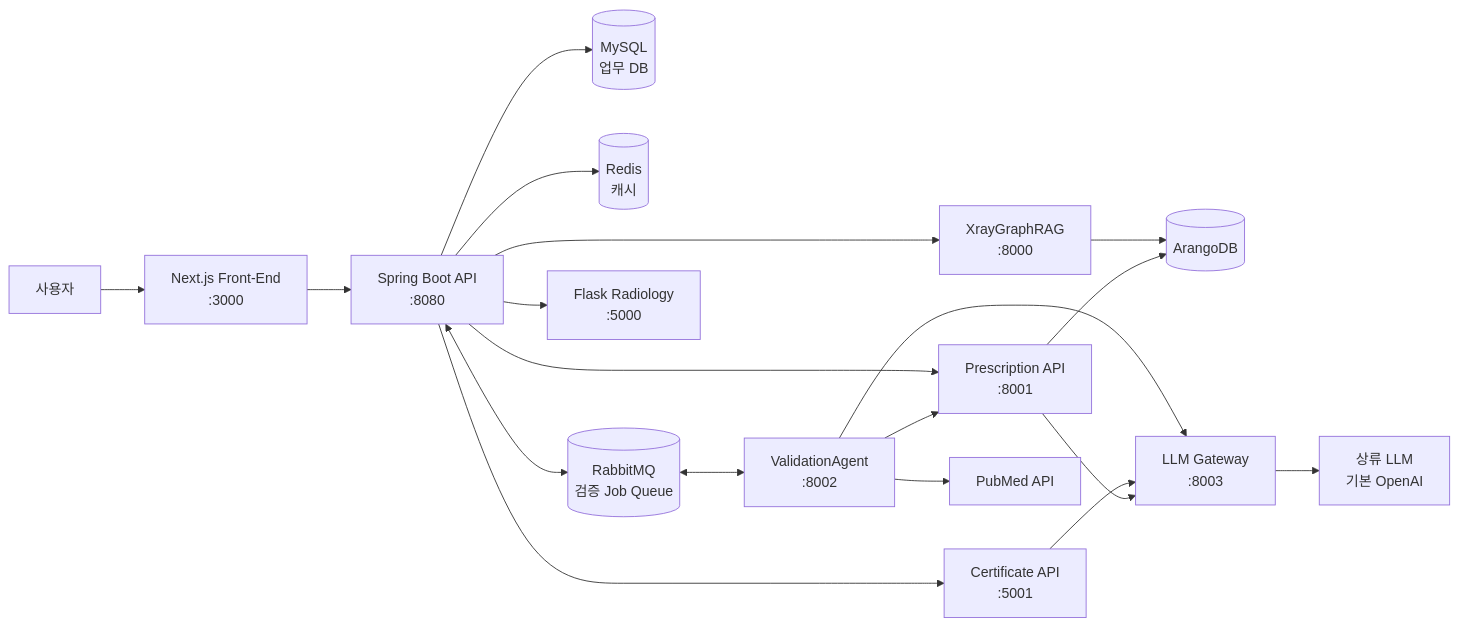
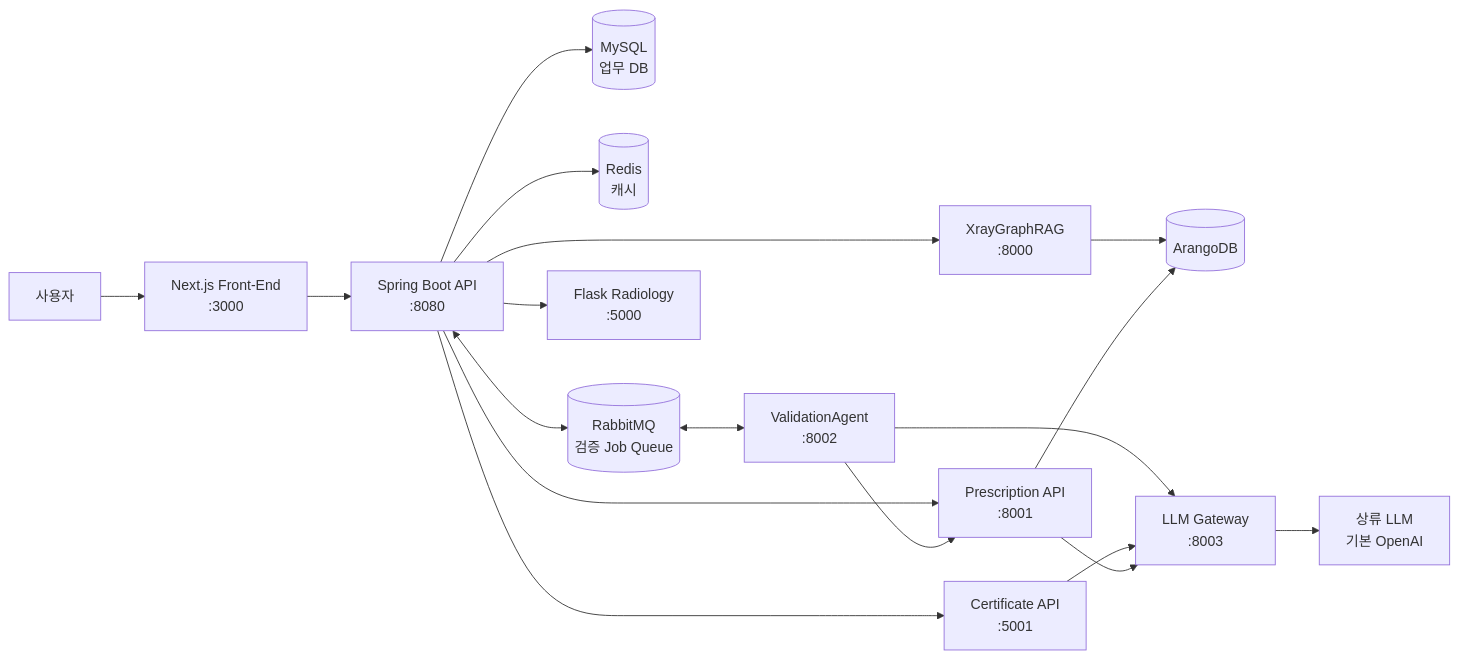
One commit to kjbddo/bitcomputer-emr changed the diagram in Docs/README.md. Above: the diagram before and after it, drawn with Mermaid. The commit also changed 7 other files, not shown here.

First line of the commit message:
docs: PubMed 제거·합성 케이스·PSPNet 기본값을 문서에 반영한다

````diff
--- a/Docs/README.md
+++ b/Docs/README.md
@@ -67,26 +67,25 @@
 ```mermaid
 flowchart LR
   User[사용자] --> FE[Next.js Front-End<br/>:3000]
   FE --> Spring[Spring Boot API<br/>:8080]
 
   Spring --> MySQL[(MySQL<br/>업무 DB)]
   Spring --> Redis[(Redis<br/>캐시)]
   Spring <--> Rabbit[(RabbitMQ<br/>검증 Job Queue)]
 
   Spring --> Xray[XrayGraphRAG<br/>:8000]
   Spring --> Flask[Flask Radiology<br/>:5000]
   Spring --> Cert[Certificate API<br/>:5001]
   Spring --> Rx[Prescription API<br/>:8001]
 
   Rabbit <--> Val[ValidationAgent<br/>:8002]
   Val --> Rx
-  Val --> PubMed[PubMed API]
 
   Xray --> Arango[(ArangoDB)]
   Rx --> Arango
 
   Val --> GW[LLM Gateway<br/>:8003]
   Cert --> GW
   Rx --> GW
   GW --> Upstream[상류 LLM<br/>기본 OpenAI]
 ```
````
